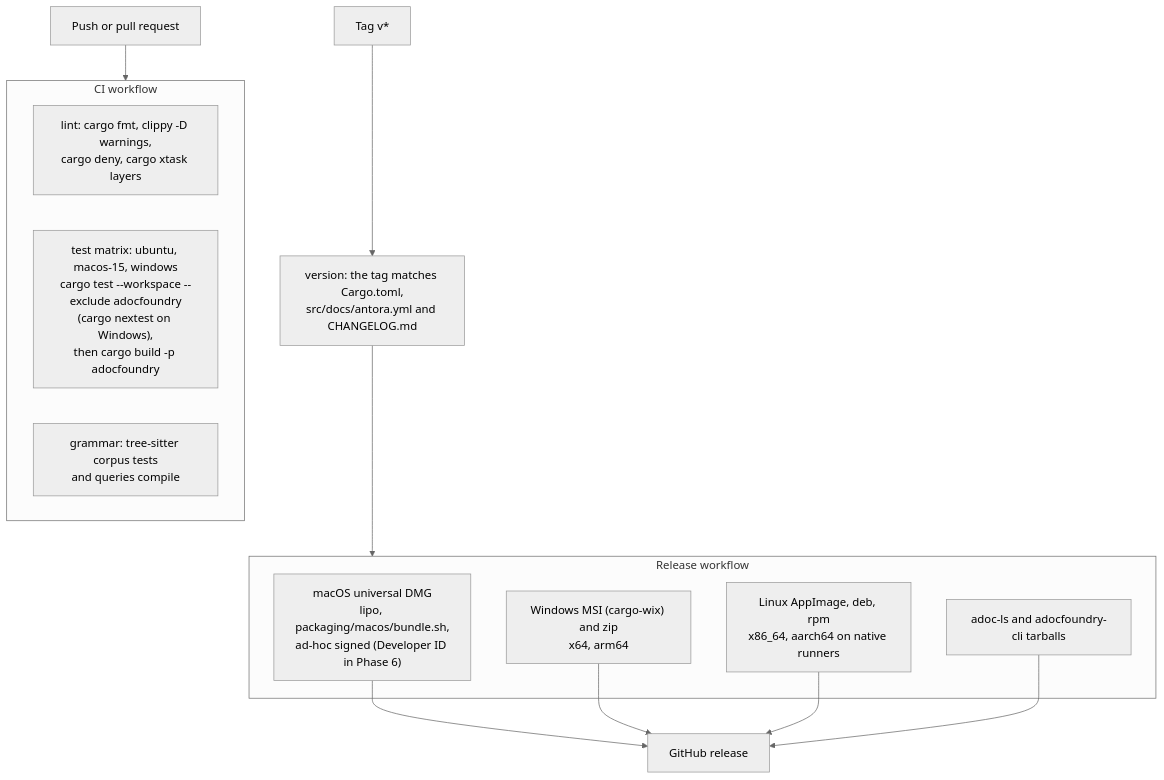
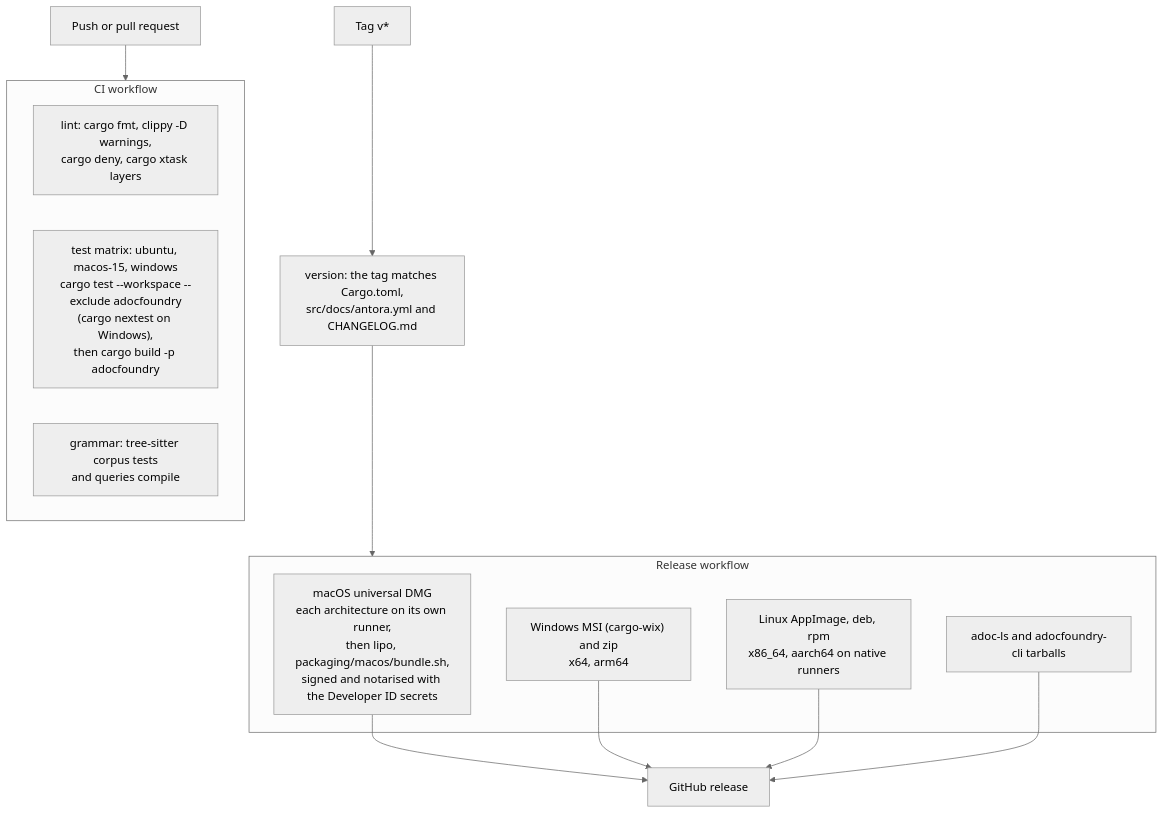
One commit to bovinemagnet/AdocFoundry changed the diagram in src/docs/modules/developer/examples/release-pipeline.mmd. Above: the diagram before and after it, drawn with Mermaid (neutral theme). The commit also changed 2 other files, not shown here.

Commit message:
Document the macOS split and the Flatpak's toolchain

```diff
--- a/src/docs/modules/developer/examples/release-pipeline.mmd
+++ b/src/docs/modules/developer/examples/release-pipeline.mmd
@@ -1,19 +1,19 @@
 flowchart TD
     push["Push or pull request"] --> ci
     subgraph ci["CI workflow"]
         lint["lint: cargo fmt, clippy -D warnings,<br/>cargo deny, cargo xtask layers"]
         test["test matrix: ubuntu, macos-15, windows<br/>cargo test --workspace --exclude adocfoundry<br/>(cargo nextest on Windows),<br/>then cargo build -p adocfoundry"]
         grammar["grammar: tree-sitter corpus tests<br/>and queries compile"]
     end
     tag["Tag v*"] --> version["version: the tag matches Cargo.toml,<br/>src/docs/antora.yml and CHANGELOG.md"]
     version --> rel
     subgraph rel["Release workflow"]
-        mac["macOS universal DMG<br/>lipo, packaging/macos/bundle.sh,<br/>ad-hoc signed (Developer ID in Phase 6)"]
+        mac["macOS universal DMG<br/>each architecture on its own runner,<br/>then lipo, packaging/macos/bundle.sh,<br/>signed and notarised with the Developer ID secrets"]
         win["Windows MSI (cargo-wix) and zip<br/>x64, arm64"]
         lin["Linux AppImage, deb, rpm<br/>x86_64, aarch64 on native runners"]
         tools["adoc-ls and adocfoundry-cli tarballs"]
     end
     mac --> gh["GitHub release"]
     win --> gh
     lin --> gh
     tools --> gh
```
